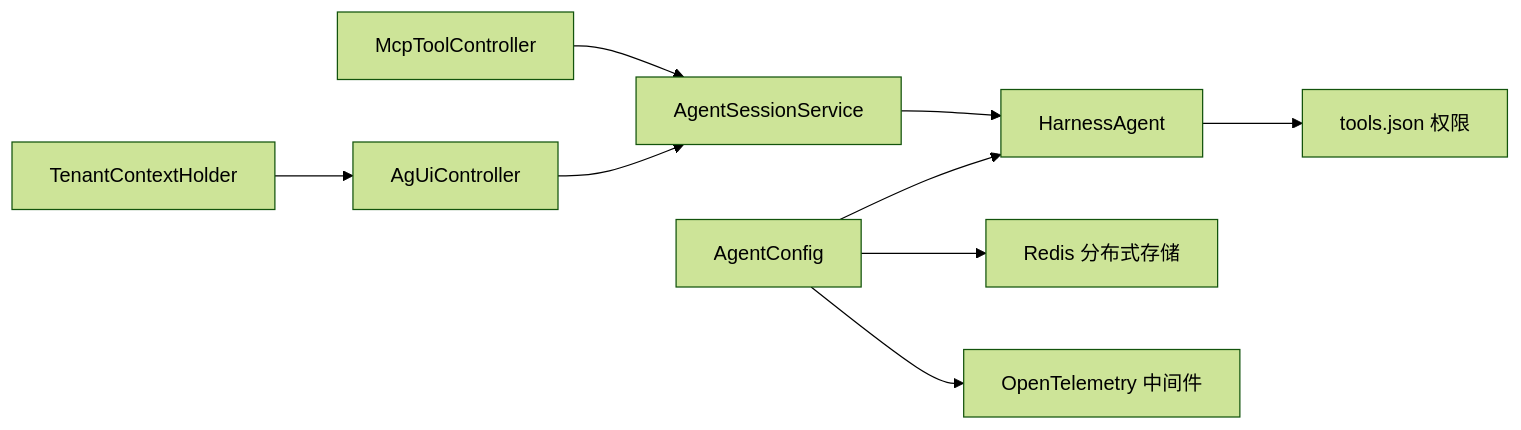
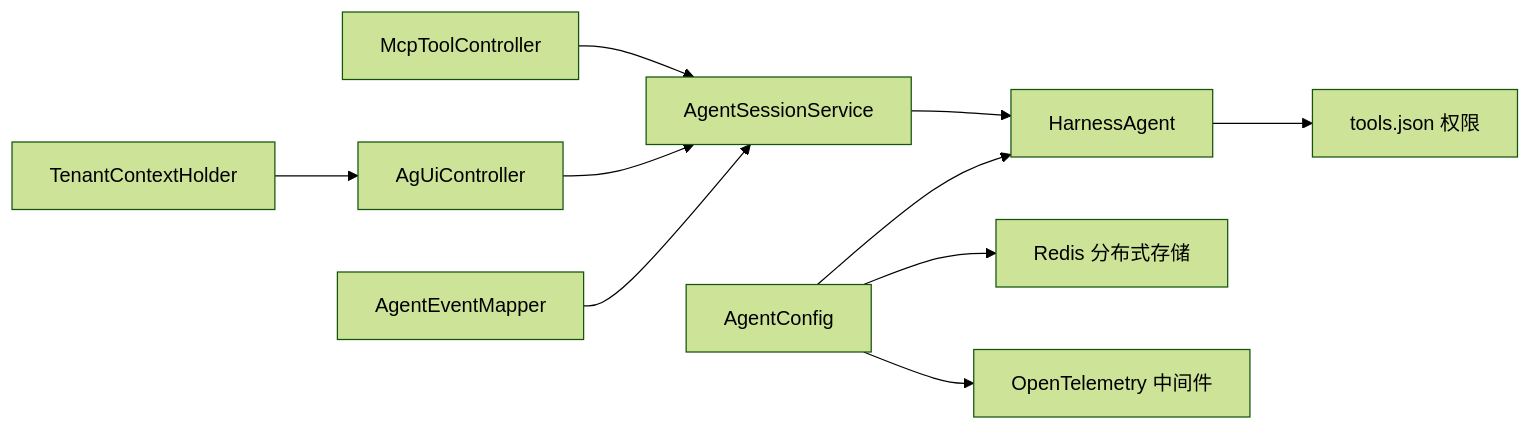
One commit to mengqiang81/agentic changed the tenth of 10 diagrams in .qoder/repowiki/zh/content/配置管理/MCP 工具配置.md. Above: the diagram before and after it, drawn with Mermaid (forest theme). The commit also changed other lines of this file and 29 other files, not shown here.

````diff
--- a/.qoder/repowiki/zh/content/配置管理/MCP 工具配置.md
+++ b/.qoder/repowiki/zh/content/配置管理/MCP 工具配置.md
@@ -334,11 +391,12 @@
 ```mermaid
 graph LR
 McpToolController --> AgentSessionService
 AgentSessionService --> HarnessAgent
 HarnessAgent --> tools_json["tools.json 权限"]
 TenantContextHolder --> AgUiController
 AgUiController --> AgentSessionService
 AgentConfig --> HarnessAgent
 AgentConfig --> Redis["Redis 分布式存储"]
 AgentConfig --> OTel["OpenTelemetry 中间件"]
+AgentEventMapper --> AgentSessionService
 ```
````
